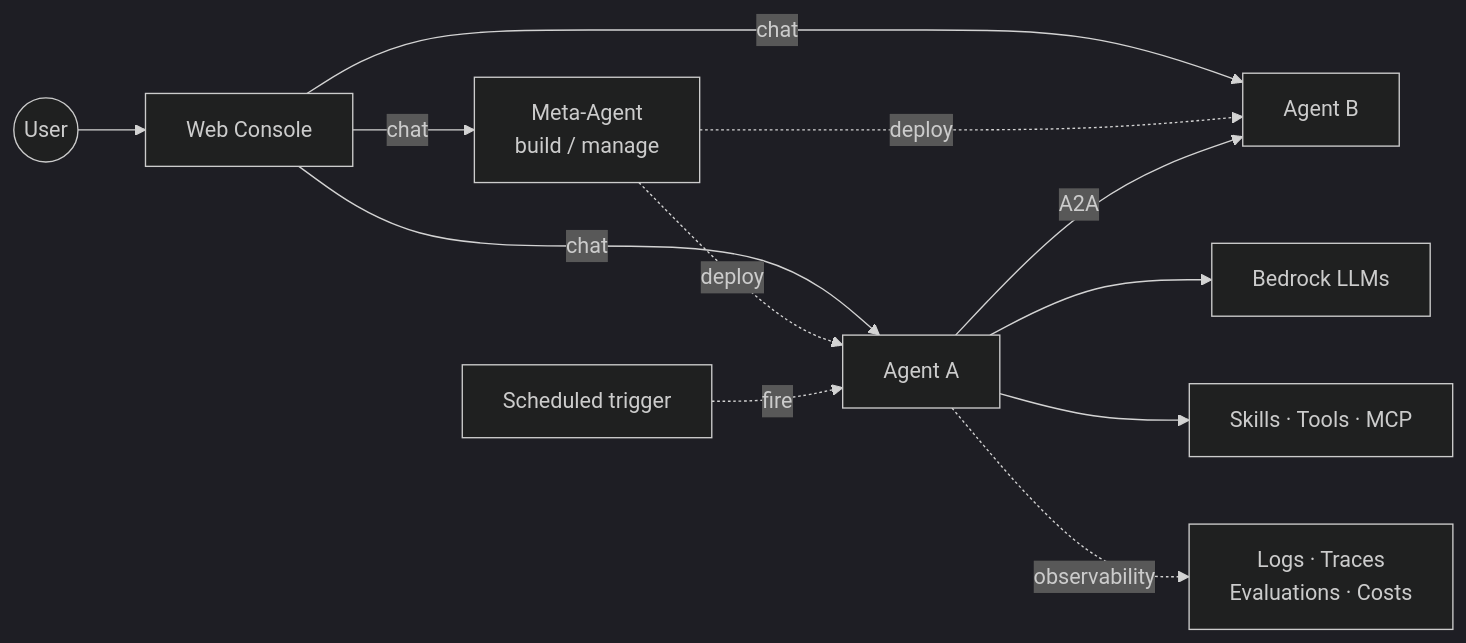
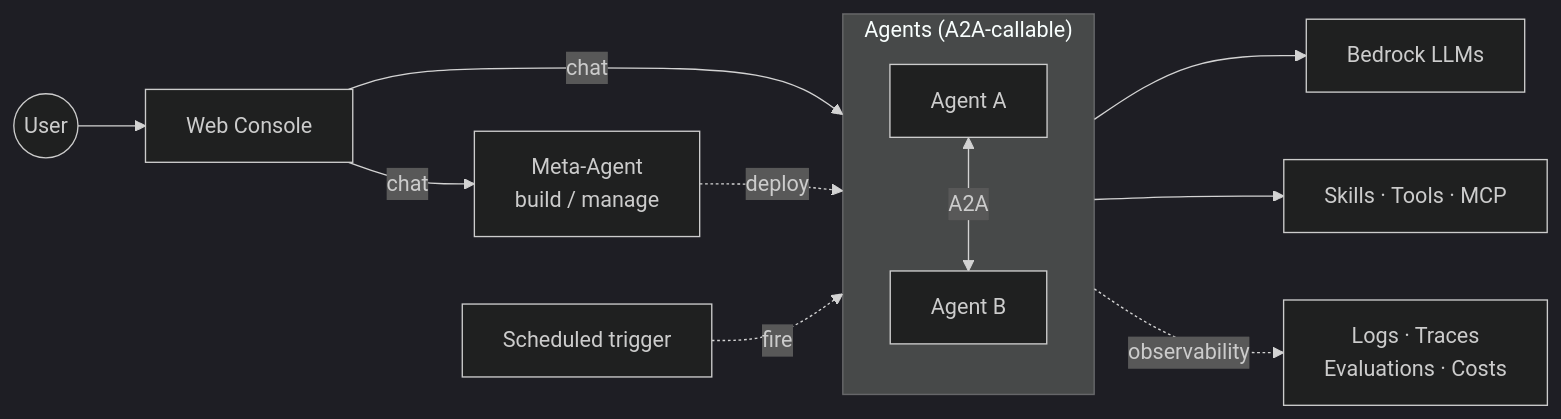
Before and after one commit to ddpie/agent-studio: the second of 2 diagrams in README.md, drawn with Mermaid (dark theme). The commit also changed other lines of this file, not shown here.

Commit message:
docs(readme): use subgraph for Agents, A2A inside, fewer crossing edges

````diff
--- a/README.md
+++ b/README.md
@@ -107,15 +109,17 @@
 ```mermaid
 graph LR
     User((User)) --> Web[Web Console]
     Cron[Scheduled trigger]
     Web -->|chat| Meta[Meta-Agent<br/>build / manage]
-    Web -->|chat| A1[Agent A]
-    Web -->|chat| A2[Agent B]
-    Meta -.deploy.-> A1
-    Meta -.deploy.-> A2
-    Cron -.fire.-> A1
-    A1 -->|A2A| A2
-    A1 --> LLM[Bedrock LLMs]
-    A1 --> Ext[Skills · Tools · MCP]
-    A1 -.observability.-> Obs[Logs · Traces<br/>Evaluations · Costs]
+
+    subgraph Agents["Agents (A2A-callable)"]
+        A1[Agent A] <-->|A2A| A2[Agent B]
+    end
+
+    Web -->|chat| Agents
+    Meta -.deploy.-> Agents
+    Cron -.fire.-> Agents
+    Agents --> LLM[Bedrock LLMs]
+    Agents --> Ext[Skills · Tools · MCP]
+    Agents -.observability.-> Obs[Logs · Traces<br/>Evaluations · Costs]
 ```
````
